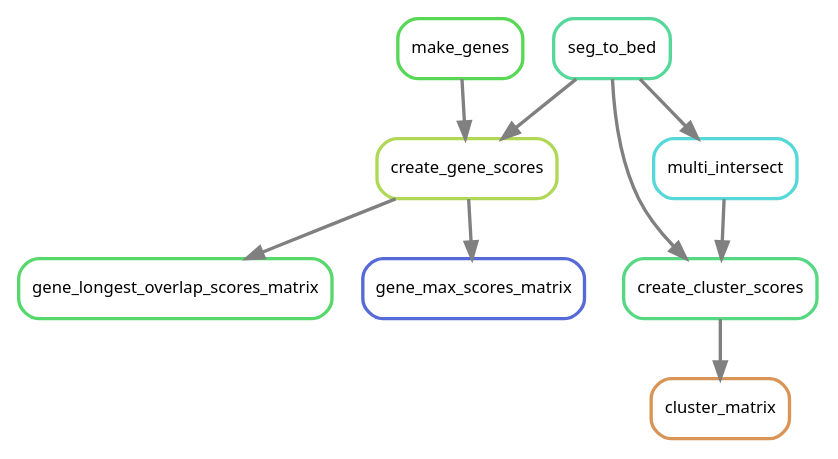
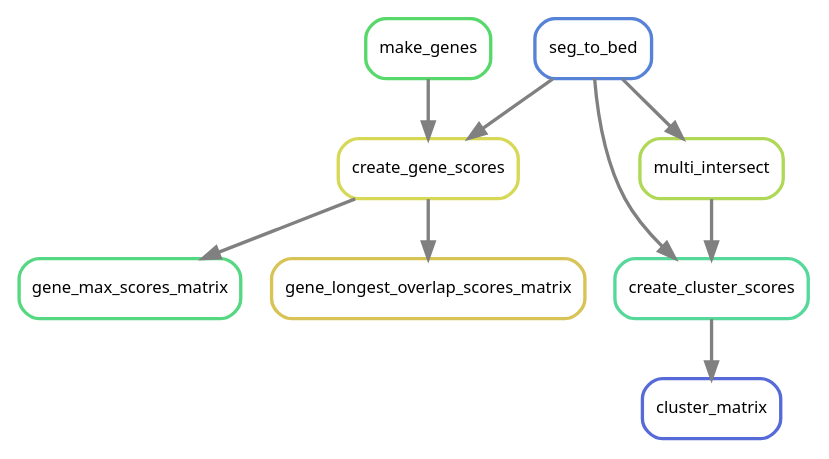
Before and after one commit to NCBI-Hackathons/Pharmacogenomics_Prediction_Pipeline_P3: the diagram in doc/source/images/cnv.dot, drawn with Graphviz. The commit also changed 29 other files, not shown here.

```diff
--- a/doc/source/images/cnv.dot
+++ b/doc/source/images/cnv.dot
@@ -1,21 +1,21 @@
 digraph snakemake_dag {
     graph[bgcolor=white, margin=0];
     node[shape=box, style=rounded, fontname=sans,                 fontsize=10, penwidth=2];
     edge[penwidth=2, color=grey];
-	0[label = "seg_to_bed", color = "0.42 0.6 0.85", style="rounded"];
-	1[label = "create_gene_scores", color = "0.22 0.6 0.85", style="rounded"];
-	2[label = "cluster_matrix", color = "0.08 0.6 0.85", style="rounded"];
-	3[label = "gene_longest_overlap_scores_matrix", color = "0.36 0.6 0.85", style="rounded"];
-	4[label = "gene_max_scores_matrix", color = "0.64 0.6 0.85", style="rounded"];
-	5[label = "make_genes", color = "0.33 0.6 0.85", style="rounded"];
-	6[label = "create_cluster_scores", color = "0.39 0.6 0.85", style="rounded"];
-	7[label = "multi_intersect", color = "0.50 0.6 0.85", style="rounded"];
-	0 -> 1
-	5 -> 1
-	6 -> 2
-	1 -> 3
-	1 -> 4
+	0[label = "create_gene_scores", color = "0.17 0.6 0.85", style="rounded"];
+	1[label = "make_genes", color = "0.36 0.6 0.85", style="rounded"];
+	2[label = "create_cluster_scores", color = "0.42 0.6 0.85", style="rounded"];
+	3[label = "multi_intersect", color = "0.22 0.6 0.85", style="rounded"];
+	4[label = "gene_max_scores_matrix", color = "0.39 0.6 0.85", style="rounded"];
+	5[label = "seg_to_bed", color = "0.61 0.6 0.85", style="rounded"];
+	6[label = "gene_longest_overlap_scores_matrix", color = "0.14 0.6 0.85", style="rounded"];
+	7[label = "cluster_matrix", color = "0.64 0.6 0.85", style="rounded"];
+	1 -> 0
+	5 -> 0
+	3 -> 2
+	5 -> 2
+	5 -> 3
+	0 -> 4
 	0 -> 6
-	7 -> 6
-	0 -> 7
+	2 -> 7
 }            
```
